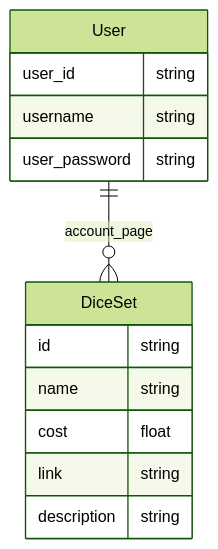
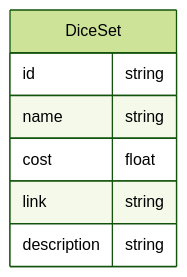
The diagram in README.md (Auryx/Project4_Frontend), drawn with Mermaid (forest theme) before and after one commit.

````diff
--- a/README.md
+++ b/README.md
@@ -26,17 +26,11 @@
 ``` mermaid
 erDiagram
-    User {
-        user_id string
-        username string
-        user_password string 
-    }
-    User ||--o{ DiceSet : account_page
     DiceSet {
         id string 
         name string
         cost float
         link string
         description string
     }
 
 ```
````
